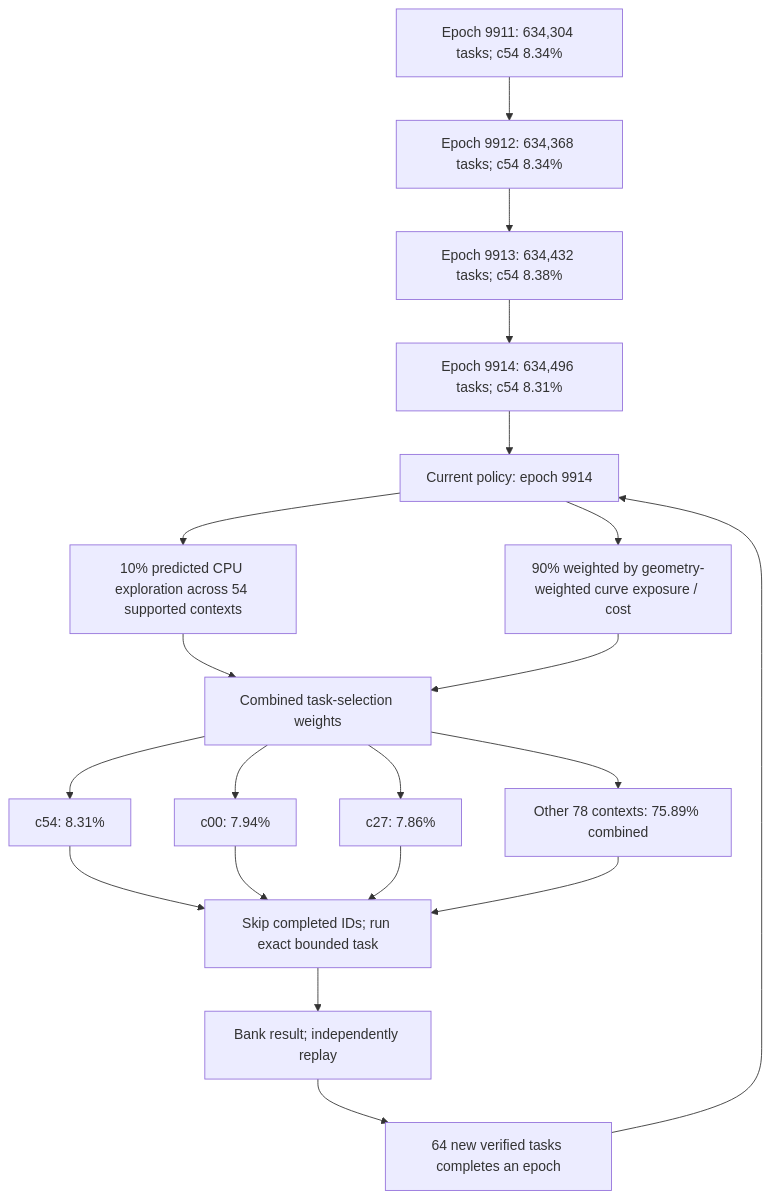
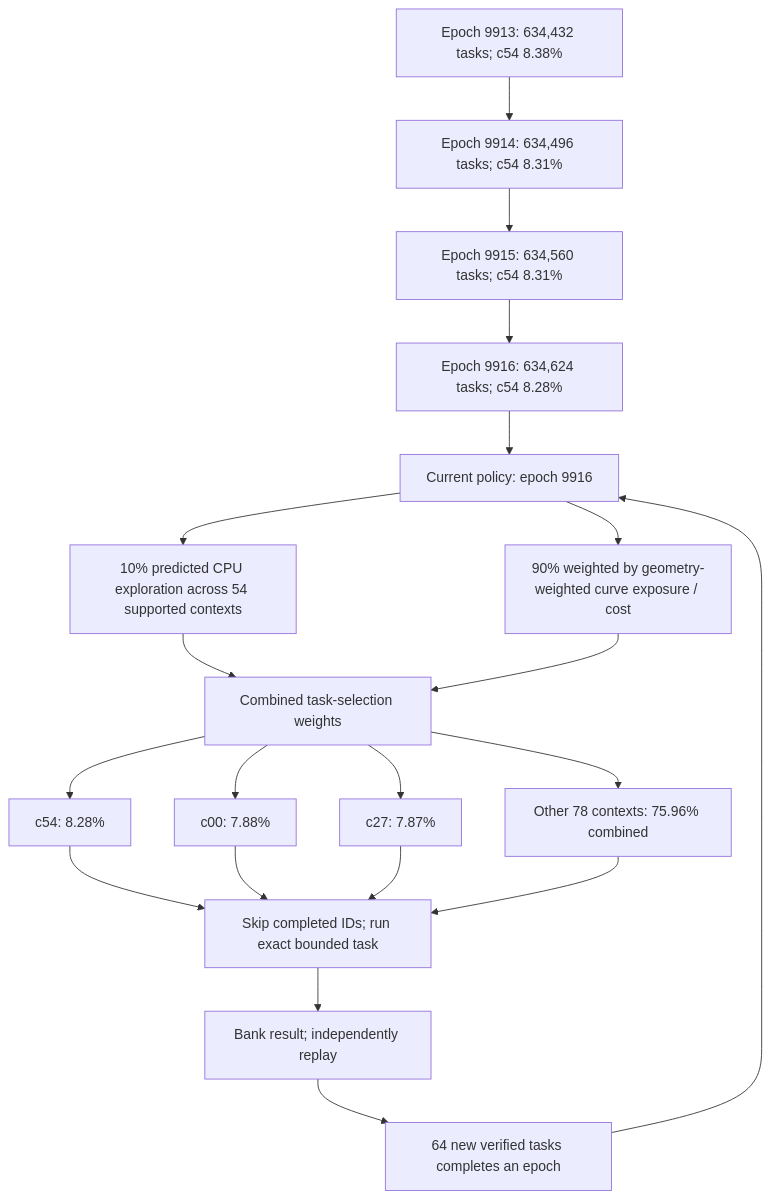
The first of 4 diagrams in README.md (Kuberwastaken/math-gambling), drawn with Mermaid before and after one commit. The commit also changed other lines of this file and 264 other files, not shown here.

````diff
--- a/README.md
+++ b/README.md
@@ -60,27 +60,27 @@
 ```mermaid
 flowchart TD
-    H0["Epoch 9911: 634,304 tasks; c54 8.34%"]
-    H1["Epoch 9912: 634,368 tasks; c54 8.34%"]
+    H0["Epoch 9913: 634,432 tasks; c54 8.38%"]
+    H1["Epoch 9914: 634,496 tasks; c54 8.31%"]
     H0 --> H1
-    H2["Epoch 9913: 634,432 tasks; c54 8.38%"]
+    H2["Epoch 9915: 634,560 tasks; c54 8.31%"]
     H1 --> H2
-    H3["Epoch 9914: 634,496 tasks; c54 8.31%"]
+    H3["Epoch 9916: 634,624 tasks; c54 8.28%"]
     H2 --> H3
-    Policy["Current policy: epoch 9914"]
+    Policy["Current policy: epoch 9916"]
     H3 --> Policy
     Policy --> Explore["10% predicted CPU exploration across 54 supported contexts"]
     Policy --> Cost["90% weighted by geometry-weighted curve exposure / cost"]
     Explore --> Mix["Combined task-selection weights"]
     Cost --> Mix
-    Mix --> C0["c54: 8.31%"]
-    Mix --> C1["c00: 7.94%"]
-    Mix --> C2["c27: 7.86%"]
-    Mix --> Rest["Other 78 contexts: 75.89% combined"]
+    Mix --> C0["c54: 8.28%"]
+    Mix --> C1["c00: 7.88%"]
+    Mix --> C2["c27: 7.87%"]
+    Mix --> Rest["Other 78 contexts: 75.96% combined"]
     C0 --> Check["Skip completed IDs; run exact bounded task"]
     C1 --> Check
     C2 --> Check
     Rest --> Check
     Check --> Replay["Bank result; independently replay"]
     Replay --> Gate["64 new verified tasks completes an epoch"]
     Gate --> Policy
 ```
````
